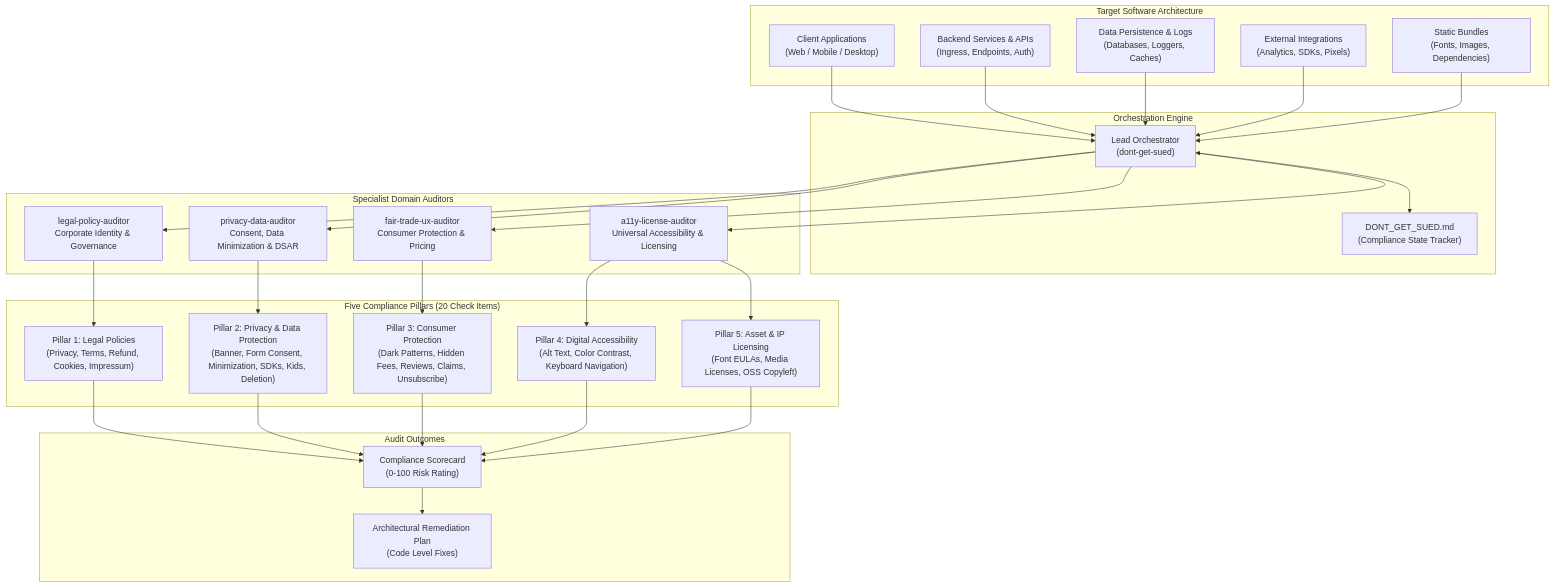
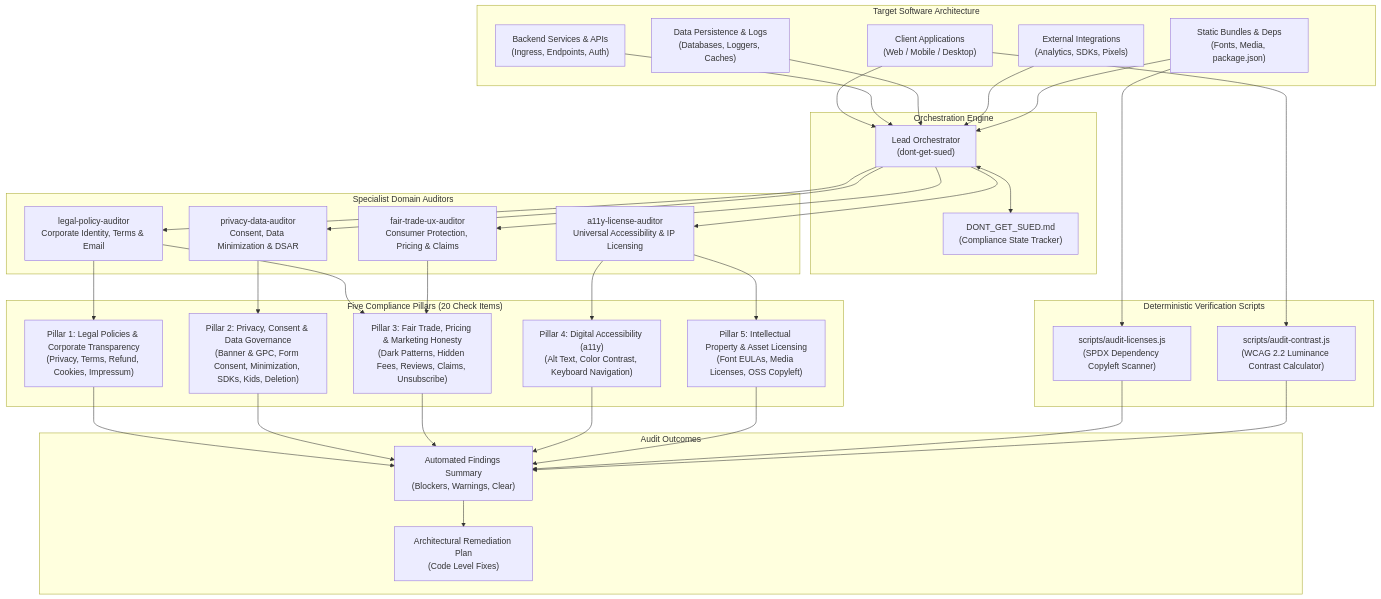
The diagram in README.md (Eyokurt/dont-get-sued-skill), drawn with Mermaid before and after one commit. The commit also changed other lines of this file and 12 other files, not shown here.

Commit message:
fix(audit): correct statutory references, add deterministic scripts and sample report

````diff
--- a/README.md
+++ b/README.md
@@ -11,62 +11,73 @@
 ```mermaid
 flowchart TD
     subgraph Target ["Target Software Architecture"]
         Client["Client Applications\n(Web / Mobile / Desktop)"]
         API["Backend Services & APIs\n(Ingress, Endpoints, Auth)"]
         DataStore["Data Persistence & Logs\n(Databases, Loggers, Caches)"]
         ThirdParty["External Integrations\n(Analytics, SDKs, Pixels)"]
-        Assets["Static Bundles\n(Fonts, Images, Dependencies)"]
+        Assets["Static Bundles & Deps\n(Fonts, Media, package.json)"]
     end
 
     subgraph Orchestrator ["Orchestration Engine"]
         Lead["Lead Orchestrator\n(dont-get-sued)"]
         Tracker["DONT_GET_SUED.md\n(Compliance State Tracker)"]
     end
 
     subgraph Specialists ["Specialist Domain Auditors"]
-        SA1["legal-policy-auditor\nCorporate Identity & Governance"]
+        SA1["legal-policy-auditor\nCorporate Identity, Terms & Email"]
         SA2["privacy-data-auditor\nConsent, Data Minimization & DSAR"]
-        SA3["fair-trade-ux-auditor\nConsumer Protection & Pricing"]
-        SA4["a11y-license-auditor\nUniversal Accessibility & Licensing"]
+        SA3["fair-trade-ux-auditor\nConsumer Protection, Pricing & Claims"]
+        SA4["a11y-license-auditor\nUniversal Accessibility & IP Licensing"]
     end
 
     subgraph Pillars ["Five Compliance Pillars (20 Check Items)"]
-        P1["Pillar 1: Legal Policies\n(Privacy, Terms, Refund, Cookies, Impressum)"]
-        P2["Pillar 2: Privacy & Data Protection\n(Banner, Form Consent, Minimization, SDKs, Kids, Deletion)"]
-        P3["Pillar 3: Consumer Protection\n(Dark Patterns, Hidden Fees, Reviews, Claims, Unsubscribe)"]
-        P4["Pillar 4: Digital Accessibility\n(Alt Text, Color Contrast, Keyboard Navigation)"]
-        P5["Pillar 5: Asset & IP Licensing\n(Font EULAs, Media Licenses, OSS Copyleft)"]
+        P1["Pillar 1: Legal Policies & Corporate Transparency\n(Privacy, Terms, Refund, Cookies, Impressum)"]
+        P2["Pillar 2: Privacy, Consent & Data Governance\n(Banner & GPC, Form Consent, Minimization, SDKs, Kids, Deletion)"]
+        P3["Pillar 3: Fair Trade, Pricing & Marketing Honesty\n(Dark Patterns, Hidden Fees, Reviews, Claims, Unsubscribe)"]
+        P4["Pillar 4: Digital Accessibility (a11y)\n(Alt Text, Color Contrast, Keyboard Navigation)"]
+        P5["Pillar 5: Intellectual Property & Asset Licensing\n(Font EULAs, Media Licenses, OSS Copyleft)"]
+    end
+
+    subgraph Deterministic ["Deterministic Verification Scripts"]
+        SC1["scripts/audit-licenses.js\n(SPDX Dependency Copyleft Scanner)"]
+        SC2["scripts/audit-contrast.js\n(WCAG 2.2 Luminance Contrast Calculator)"]
     end
 
     subgraph Output ["Audit Outcomes"]
-        Report["Compliance Scorecard\n(0-100 Risk Rating)"]
+        Report["Automated Findings Summary\n(Blockers, Warnings, Clear)"]
         Remediation["Architectural Remediation Plan\n(Code Level Fixes)"]
     end
 
     Client --> Lead
     API --> Lead
     DataStore --> Lead
     ThirdParty --> Lead
     Assets --> Lead
 
     Lead <--> Tracker
 
     Lead --> SA1
     Lead --> SA2
     Lead --> SA3
     Lead --> SA4
 
     SA1 --> P1
+    SA1 --> P3
     SA2 --> P2
     SA3 --> P3
     SA4 --> P4
     SA4 --> P5
+
+    Assets --> SC1
+    Client --> SC2
 
     P1 --> Report
     P2 --> Report
     P3 --> Report
     P4 --> Report
     P5 --> Report
+    SC1 --> Report
+    SC2 --> Report
 
     Report --> Remediation
 ```
````
